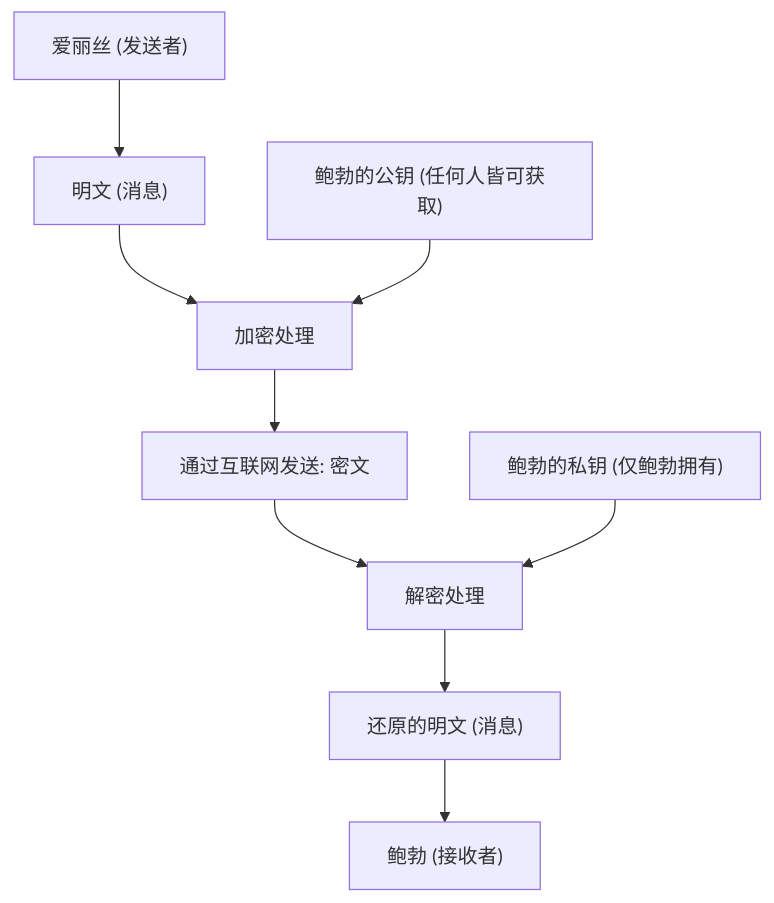
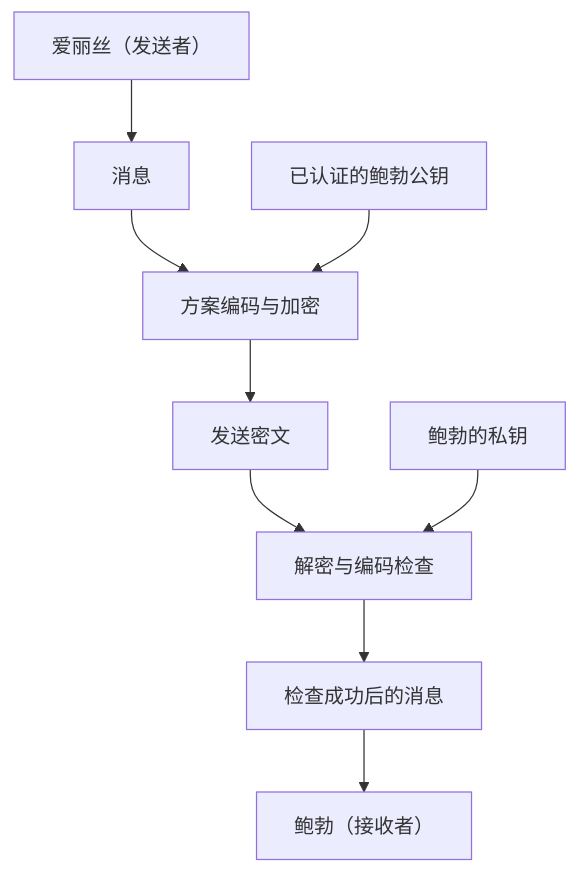
Before and after one commit to kenjinote/blog: the first of 3 diagrams in content/post/rsa暗号の仕組みを高校生でもわかるように説明する/index.zh-cn.md, drawn with Mermaid. The commit also changed other lines of this file and 5 other files, not shown here.

````diff
--- a/content/post/rsa暗号の仕組みを高校生でもわかるように説明する/index.zh-cn.md
+++ b/content/post/rsa暗号の仕組みを高校生でもわかるように説明する/index.zh-cn.md
@@ -45,11 +23,11 @@
 ```mermaid
 graph TD
-    A["爱丽丝 (发送者)"] --> B["明文 (消息)"]
-    B --> C["加密处理"]
-    D["鲍勃的公钥 (任何人皆可获取)"] --> C
-    C --> E["通过互联网发送: 密文"]
-    E --> F["解密处理"]
-    G["鲍勃的私钥 (仅鲍勃拥有)"] --> F
-    F --> H["还原的明文 (消息)"]
-    H --> I["鲍勃 (接收者)"]
+    A["爱丽丝（发送者）"] --> B["消息"]
+    B --> C["方案编码与加密"]
+    D["已认证的鲍勃公钥"] --> C
+    C --> E["发送密文"]
+    E --> F["解密与编码检查"]
+    G["鲍勃的私钥"] --> F
+    F --> H["检查成功后的消息"]
+    H --> I["鲍勃（接收者）"]
 ```
````
